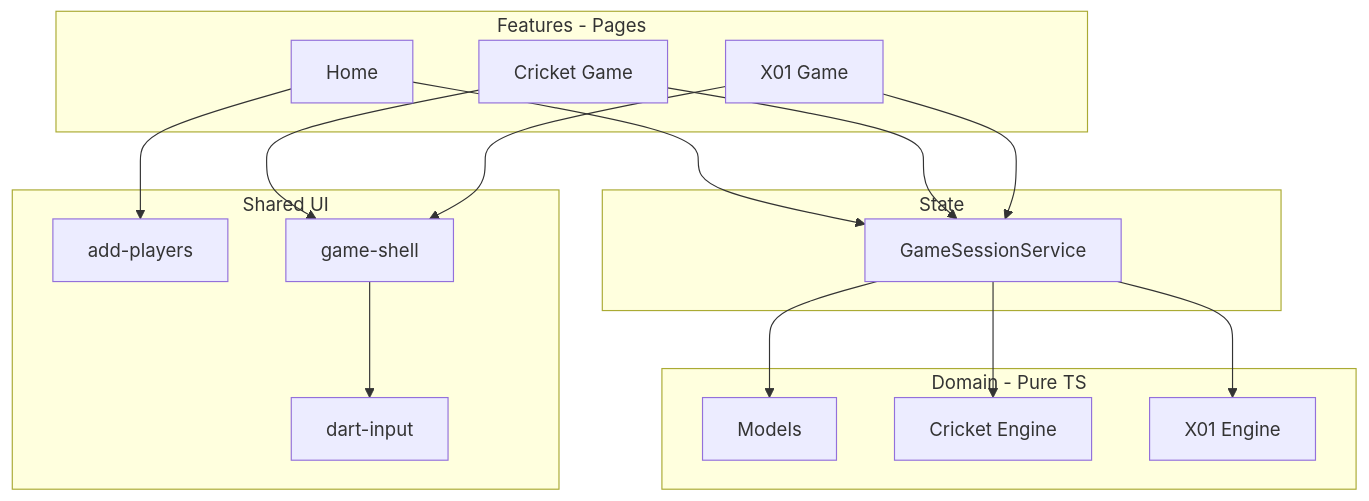
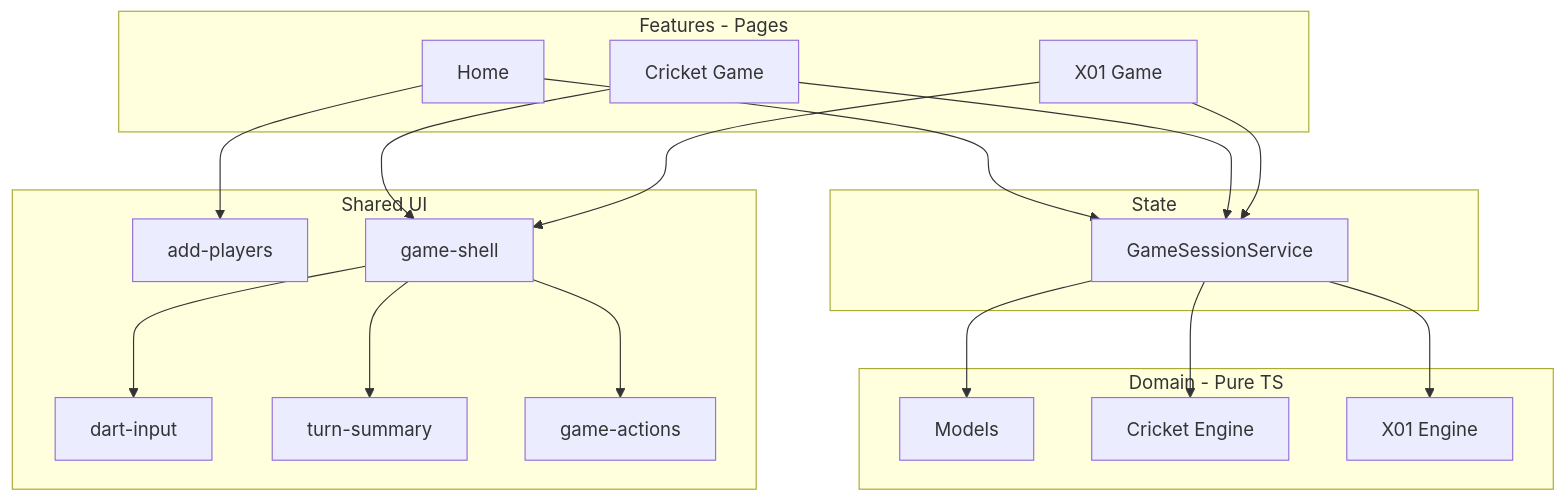
One commit to ognjen004028/ng-darts changed the diagram in architecture.md. Above: the diagram before and after it, drawn with Mermaid. The commit also changed other lines of this file and 2 other files, not shown here.

Commit message:
docs: sync architecture, split phase 5, and target Capacitor

````diff
--- a/architecture.md
+++ b/architecture.md
@@ -319,35 +355,39 @@
 ```mermaid
 flowchart TB
     subgraph features [Features - Pages]
         Home
         CricketUI[Cricket Game]
         X01UI[X01 Game]
     end
 
     subgraph shared [Shared UI]
         AddPlayers[add-players]
         DartInput[dart-input]
+        TurnSummary[turn-summary]
+        GameActions[game-actions]
         GameShell[game-shell]
     end
 
     subgraph state [State]
         Session[GameSessionService]
     end
 
     subgraph domain [Domain - Pure TS]
         Models[Models]
         CricketEngine[Cricket Engine]
         X01Engine[X01 Engine]
     end
 
     Home --> AddPlayers
     Home --> Session
     CricketUI --> Session
     X01UI --> Session
     CricketUI --> GameShell
     X01UI --> GameShell
     GameShell --> DartInput
+    GameShell --> TurnSummary
+    GameShell --> GameActions
     Session --> Models
     Session --> CricketEngine
     Session --> X01Engine
 ```
````
